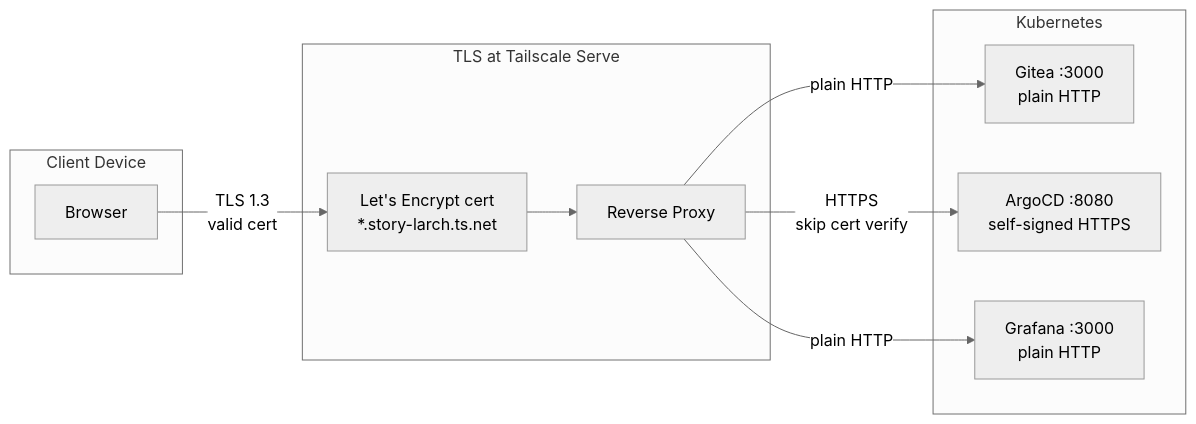
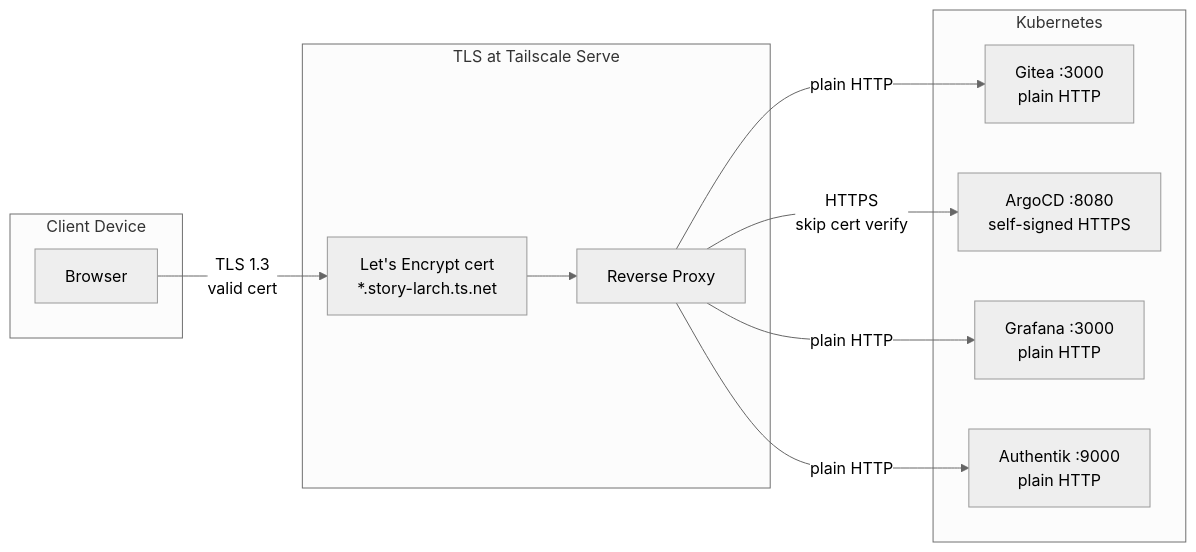
The third of 4 diagrams in docs/networking.md (haingth77/homelab), drawn with Mermaid (neutral theme) before and after one commit. The commit also changed other lines of this file and 3 other files, not shown here.

First line of the commit message:
docs: add Authentik SSO documentation and update architecture/networking

````diff
--- a/docs/networking.md
+++ b/docs/networking.md
@@ -160,23 +168,25 @@
 ```mermaid
 flowchart LR
     subgraph client["Client Device"]
         Browser["Browser"]
     end
 
     subgraph tls["TLS at Tailscale Serve"]
         Cert["Let's Encrypt cert\n*.story-larch.ts.net"]
         Proxy["Reverse Proxy"]
     end
 
     subgraph k8s["Kubernetes"]
         Gitea["Gitea :3000\nplain HTTP"]
         ArgoCD["ArgoCD :8080\nself-signed HTTPS"]
         Grafana["Grafana :3000\nplain HTTP"]
+        Authentik["Authentik :9000\nplain HTTP"]
     end
 
     Browser -- "TLS 1.3\nvalid cert" --> Cert
     Cert --> Proxy
     Proxy -- "plain HTTP" --> Gitea
     Proxy -- "HTTPS\nskip cert verify" --> ArgoCD
     Proxy -- "plain HTTP" --> Grafana
+    Proxy -- "plain HTTP" --> Authentik
 ```
````
